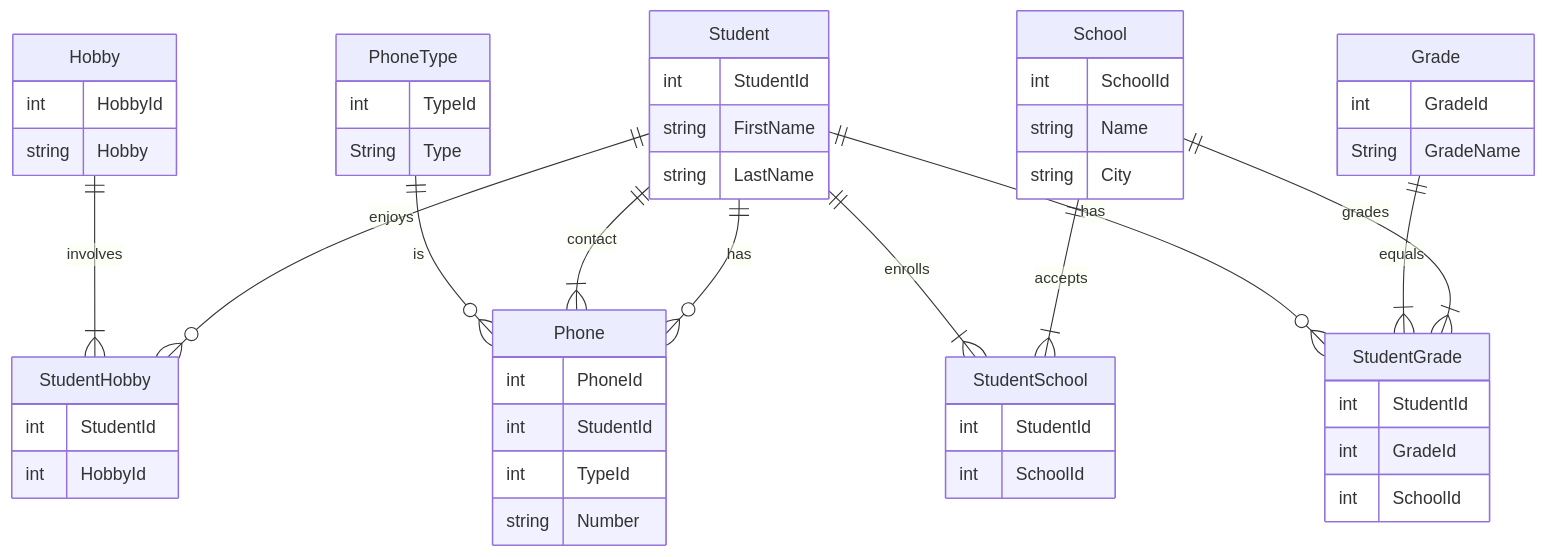
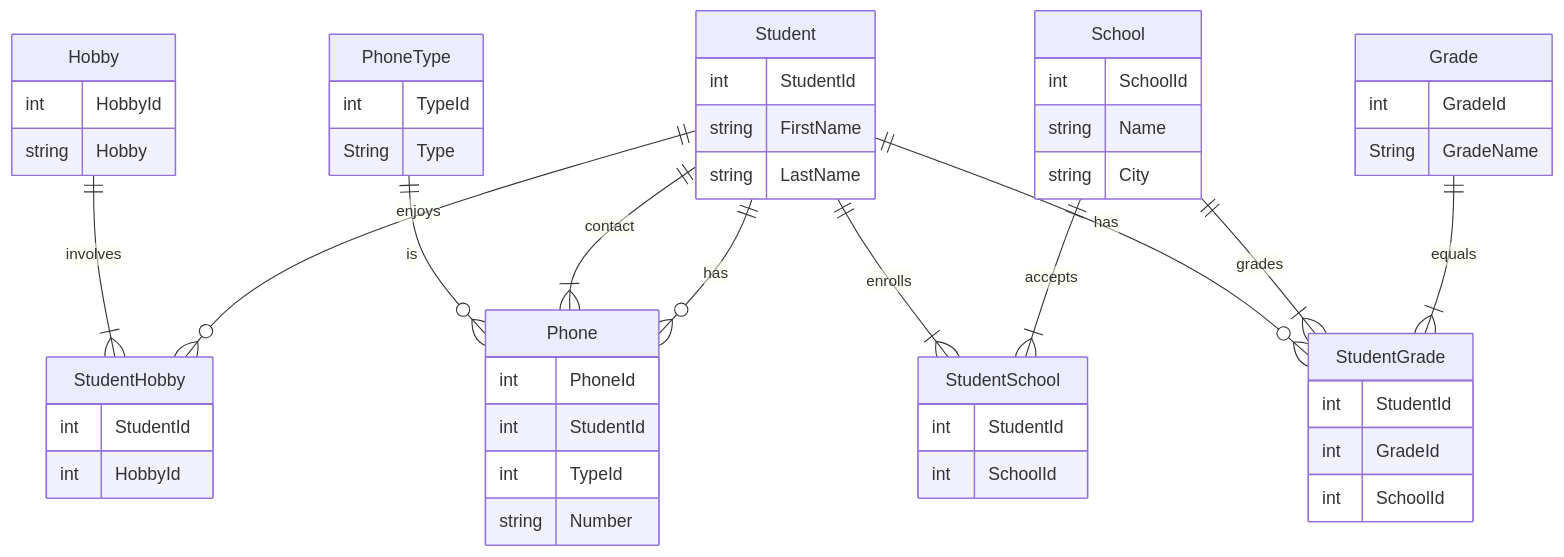
One commit to ellinorekmark/db2022 changed the diagram in README.md. Above: the diagram before and after it, drawn with Mermaid. The commit also changed other lines of this file, not shown here.

````diff
--- a/README.md
+++ b/README.md
@@ -10,66 +10,66 @@
 ```mermaid
 
 erDiagram    
     Hobby ||--|{ StudentHobby : involves
     Student ||--o{StudentHobby : enjoys
     PhoneType ||--o{ Phone : is
     Student ||--|{Phone : contact
     Student || --|{StudentSchool : enrolls
     Student || -- o{Phone : has
     School ||--|{ StudentSchool : accepts
     Student ||--o{ StudentGrade : has
+    School ||--|{ StudentGrade : grades
     Grade ||--|{ StudentGrade : equals
-    School ||--|{ StudentGrade : grades
     
     
     StudentSchool {
         int StudentId
         int SchoolId
     }
     
     Student {
         int StudentId
         string FirstName
         string LastName
     }
     
     School {
         int SchoolId
         string Name
         string City
     }
 
     StudentHobby {
         int StudentId
         int HobbyId
     }
 
     Hobby {
         int HobbyId
         string Hobby
     }
 
     Phone {
         int PhoneId
         int StudentId
 	int TypeId
         string Number
     }
 
     PhoneType {
 	int TypeId
 	String Type
     }
 
     Grade {
 	int GradeId
 	String GradeName
     }
 
     StudentGrade {
 	int StudentId
 	int GradeId
 	int SchoolId
     }
 
 ```
````
